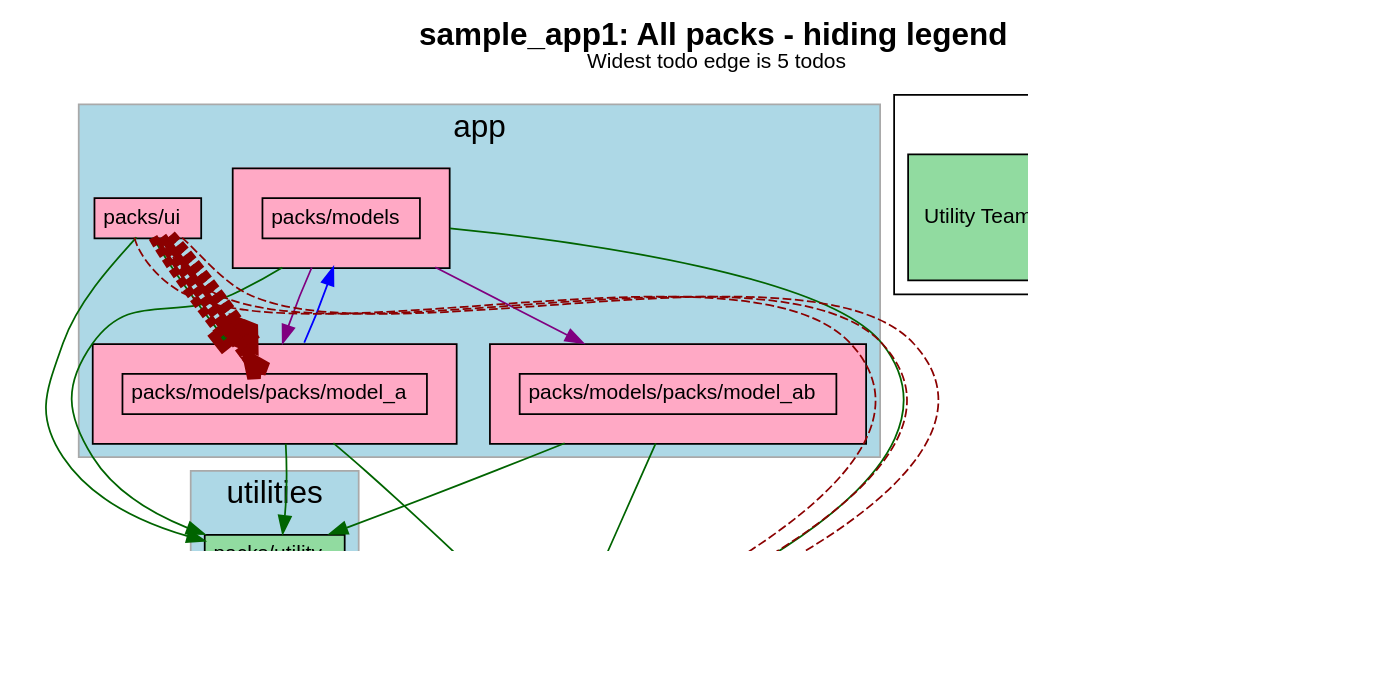
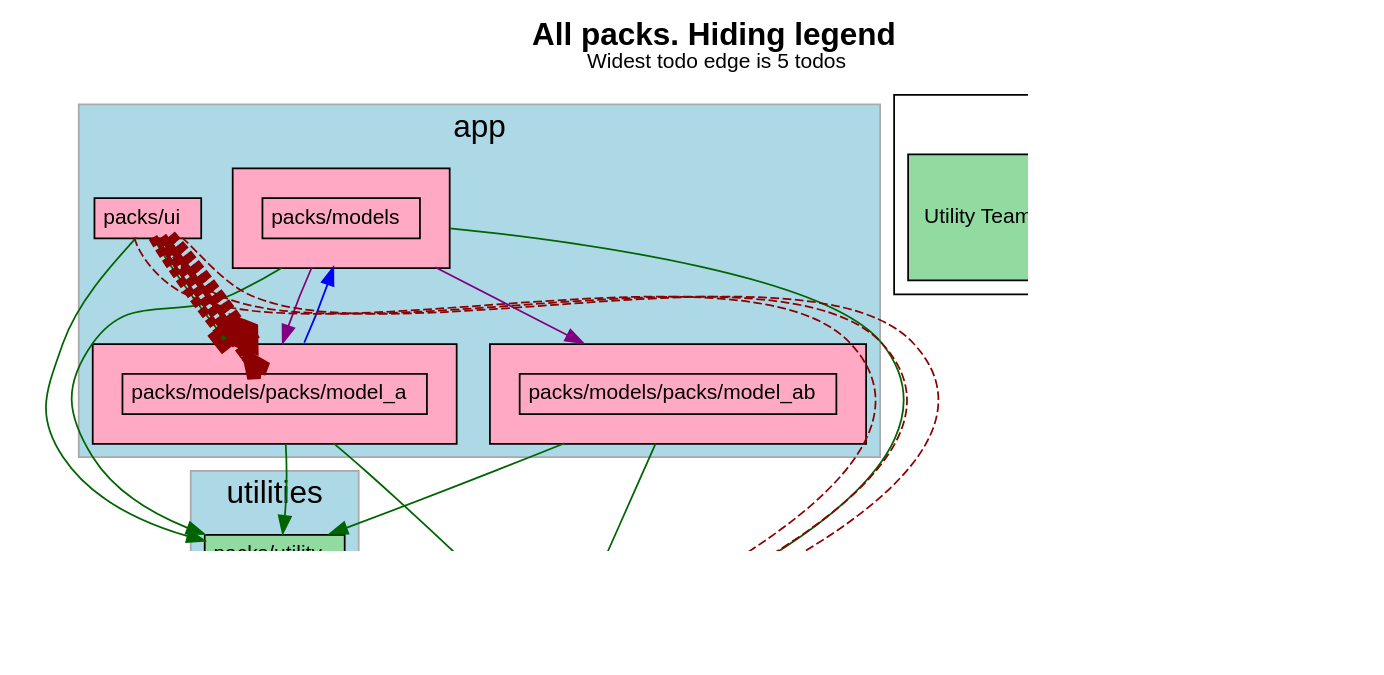
Before and after one commit to rubyatscale/visualize_packs: the diagram in spec/sample_app1/test_output/no_legend.dot, drawn with Graphviz. The commit also changed 21 other files, not shown here.

```diff
--- a/spec/sample_app1/test_output/no_legend.dot
+++ b/spec/sample_app1/test_output/no_legend.dot
@@ -5,7 +5,7 @@
     fontname="Helvetica,Arial,sans-serif"
     dpi=100
     layout=dot
-    label=<<b>sample_app1: All packs - hiding legend</b><br/><font point-size='12'>Widest todo edge is 5 todos</font>>
+    label=<<b>All packs. Hiding legend</b><br/><font point-size='12'>Widest todo edge is 5 todos</font>>
     fontsize=18
   ]
   node [
```
